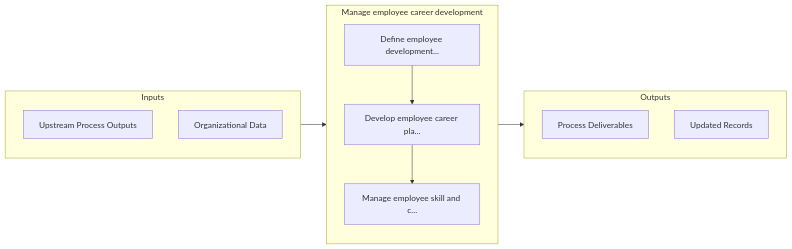
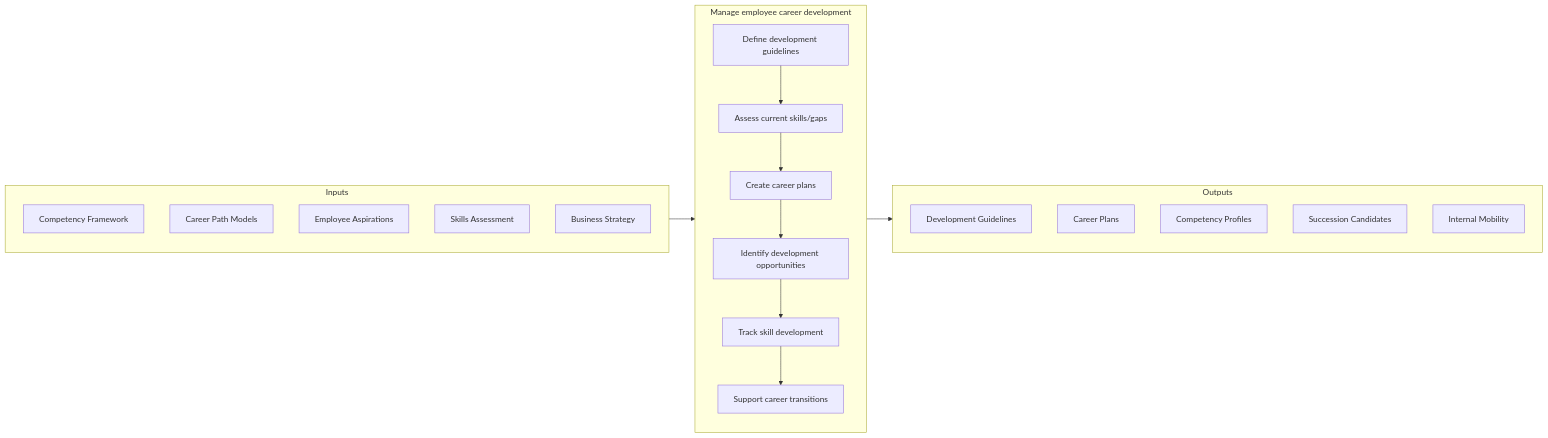
One commit to kziemski/business.org.ai changed the second of 2 diagrams in processes/07-HR/7.3-ManageEmployeeOnboardingTraining/7.3.3-ManageEmployeeCareerDevelopment/index.mdx. Above: the diagram before and after it, drawn with Mermaid. The commit also changed other lines of this file and 885 other files, not shown here.

````diff
--- a/processes/07-HR/7.3-ManageEmployeeOnboardingTraining/7.3.3-ManageEmployeeCareerDevelopment/index.mdx
+++ b/processes/07-HR/7.3-ManageEmployeeOnboardingTraining/7.3.3-ManageEmployeeCareerDevelopment/index.mdx
@@ -61,22 +61,31 @@
 ```mermaid
 flowchart LR
     subgraph Inputs["Inputs"]
-        I1["Upstream Process Outputs"]
-        I2["Organizational Data"]
+        I1["Competency Framework"]
+        I2["Career Path Models"]
+        I3["Employee Aspirations"]
+        I4["Skills Assessment"]
+        I5["Business Strategy"]
     end
 
     subgraph Process["Manage employee career development"]
-        S1["Define employee development..."]
-        S2["Develop employee career pla..."]
-        S3["Manage employee skill and c..."]
+        S1["Define development guidelines"]
+        S2["Assess current skills/gaps"]
+        S3["Create career plans"]
+        S4["Identify development opportunities"]
+        S5["Track skill development"]
+        S6["Support career transitions"]
+
+        S1 --> S2 --> S3 --> S4 --> S5 --> S6
     end
 
     subgraph Outputs["Outputs"]
-        O1["Process Deliverables"]
-        O2["Updated Records"]
+        O1["Development Guidelines"]
+        O2["Career Plans"]
+        O3["Competency Profiles"]
+        O4["Succession Candidates"]
+        O5["Internal Mobility"]
     end
 
     Inputs --> Process --> Outputs
-    S1 --> S2
-    S2 --> S3
 ```
````
